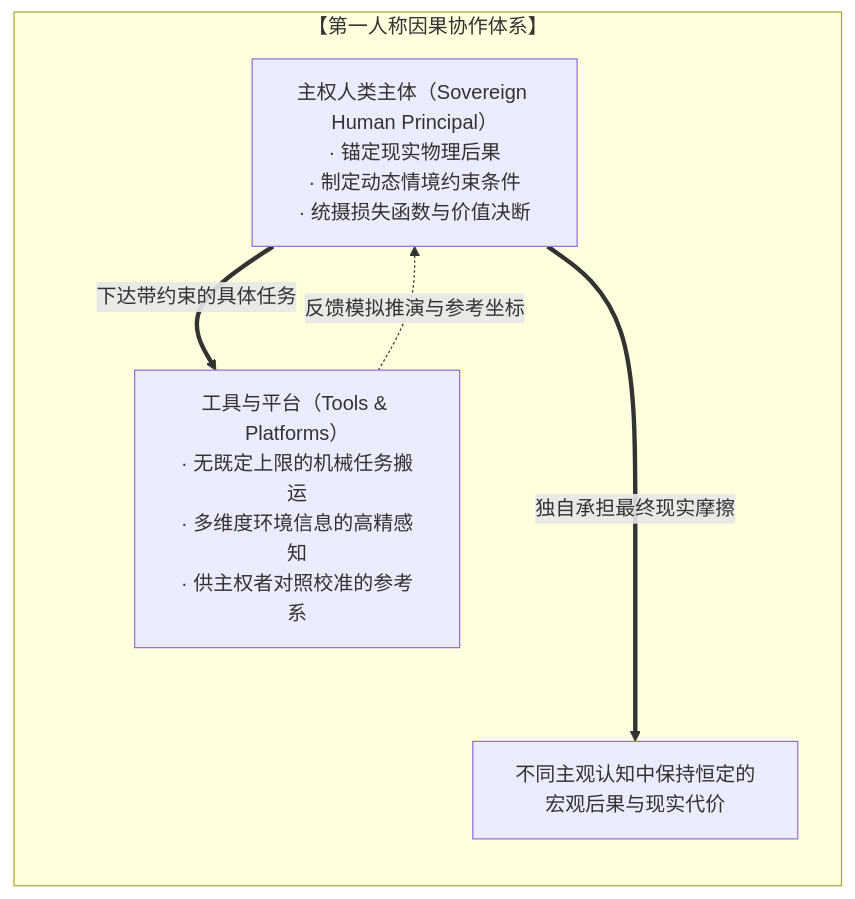
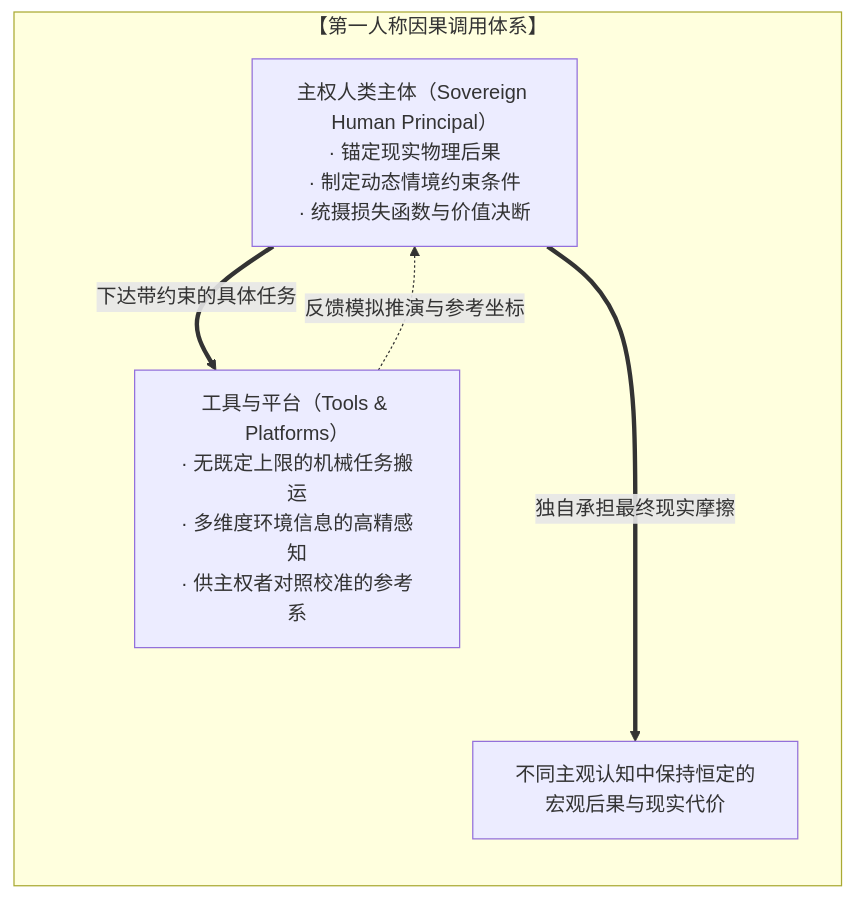
Before and after one commit to powerpig99/not-a-toe: the tenth of 11 diagrams in content/posts/the-delegation-of-the-task-and-the-inalienability-of-consequences.md, drawn with Mermaid. The commit also changed other lines of this file and 3 other files, not shown here.

````diff
--- a/content/posts/the-delegation-of-the-task-and-the-inalienability-of-consequences.md
+++ b/content/posts/the-delegation-of-the-task-and-the-inalienability-of-consequences.md
@@ -303,11 +303,11 @@
 ```mermaid
 graph TD
-    subgraph Causal_Hierarchy["【第一人称因果协作体系】"]
+    subgraph Causal_Hierarchy["【第一人称因果调用体系】"]
         direction TB
         H["主权人类主体（Sovereign Human Principal）<br/>· 锚定现实物理后果<br/>· 制定动态情境约束条件<br/>· 统摄损失函数与价值决断"]
         T["工具与平台（Tools & Platforms）<br/>· 无既定上限的机械任务搬运<br/>· 多维度环境信息的高精感知<br/>· 供主权者对照校准的参考系"]
         H ==>|"下达带约束的具体任务"| T
         T -.->|"反馈模拟推演与参考坐标"| H
         H ===>|"独自承担最终现实摩擦"| R["不同主观认知中保持恒定的宏观后果与现实代价"]
     end
 ```
````
